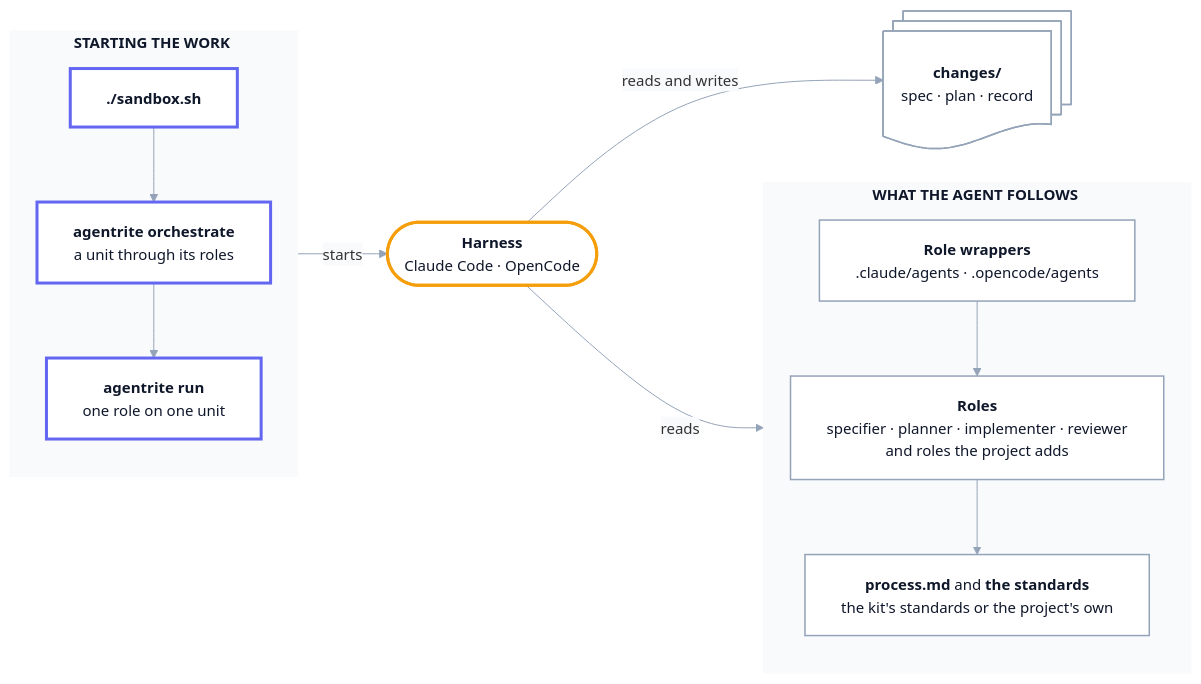
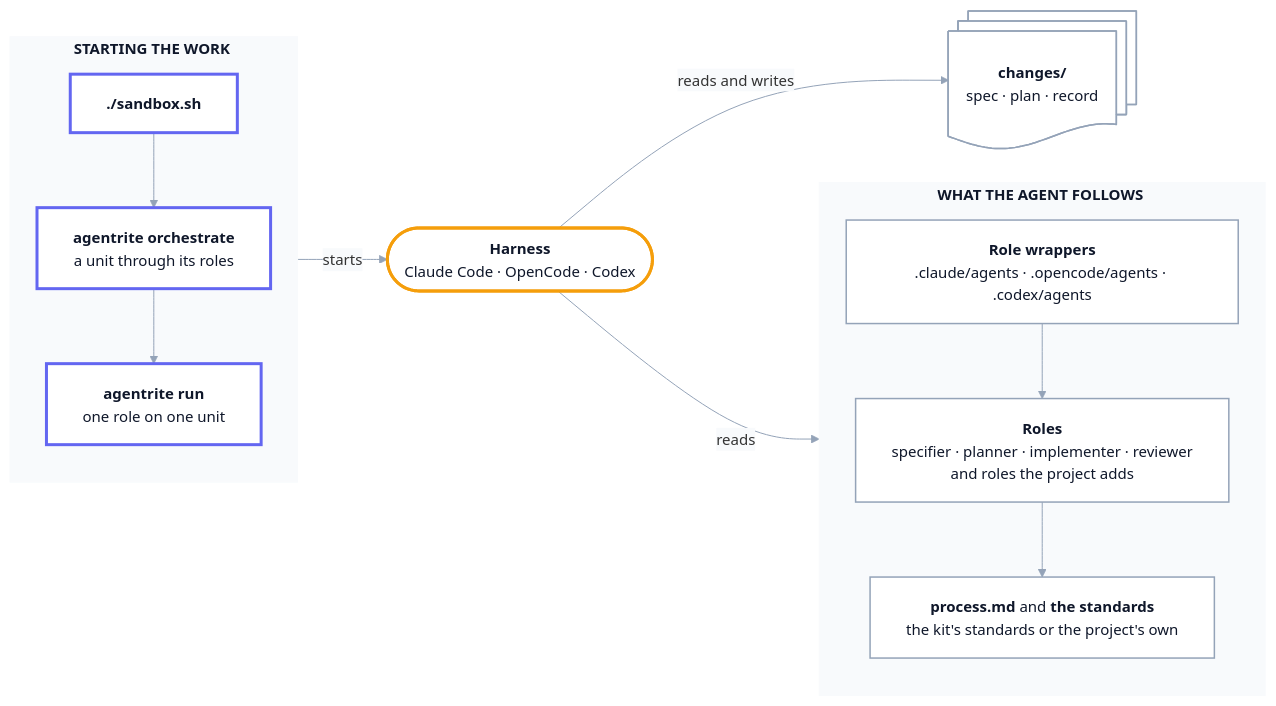
Before and after one commit to norareit/agentrite: the diagram in diagrams/components.mmd, drawn with Mermaid. The commit also changed 11 other files, not shown here.

First line of the commit message:
feature-0100 Describe Codex as a harness

```diff
--- a/diagrams/components.mmd
+++ b/diagrams/components.mmd
@@ -1,51 +1,51 @@
 ---
 config:
   theme: base
   themeVariables:
     fontFamily: "Inter, Segoe UI, Helvetica, Arial, sans-serif"
     fontSize: 15px
     lineColor: "#94a3b8"
     clusterBkg: "#f8fafc"
     clusterBorder: "#f8fafc"
     edgeLabelBackground: "#f8fafc"
     titleColor: "#0f172a"
   themeCSS: >
     .node rect, .node path { rx: 12px; ry: 12px; filter: drop-shadow(0 2px 4px rgba(15,23,42,0.12)); }
     .cluster rect { rx: 18px; ry: 18px; }
     .flowchart-link { stroke-width: 2px; }
     .edgeLabel { color: #475569; font-size: 13px; }
   flowchart:
     curve: basis
     nodeSpacing: 34
     rankSpacing: 50
     padding: 18
     wrappingWidth: 320
 ---
 flowchart LR
   subgraph starting["<b>STARTING THE WORK&nbsp;</b>"]
     direction TB
     sandbox["<b>./sandbox.sh</b>"]
     orchestrate["<b>agentrite orchestrate</b><br/>a unit through its roles"]
     run["<b>agentrite run</b><br/>one role on one unit"]
     sandbox --> orchestrate --> run
   end
-  harness(["<b>Harness</b><br/>Claude Code · OpenCode"])
+  harness(["<b>Harness</b><br/>Claude Code · OpenCode · Codex"])
   subgraph instructions["<b>WHAT THE AGENT FOLLOWS&nbsp;</b>"]
     direction TB
-    wrappers["<b>Role wrappers</b><br/>.claude/agents · .opencode/agents"]
+    wrappers["<b>Role wrappers</b><br/>.claude/agents · .opencode/agents · .codex/agents"]
     roles["<b>Roles</b><br/>specifier · planner · implementer · reviewer<br/>and roles the project adds"]
     rules["<b>process.md</b> and <b>the standards</b><br/>the kit's standards or the project's own"]
     wrappers --> roles --> rules
   end
   units@{ shape: docs, label: "<b>changes/</b><br/>spec · plan · record" }
 
   run -->|starts| harness
   harness -->|reads| wrappers
   harness -->|reads and writes| units
 
   classDef start fill:#ffffff,stroke:#6366f1,stroke-width:3px,color:#0f172a
   classDef agent fill:#ffffff,stroke:#f59e0b,stroke-width:3px,color:#0f172a
   classDef text fill:#ffffff,stroke:#94a3b8,stroke-width:1.5px,color:#0f172a
   class sandbox,orchestrate,run start
   class harness agent
   class wrappers,roles,rules,units text
```
